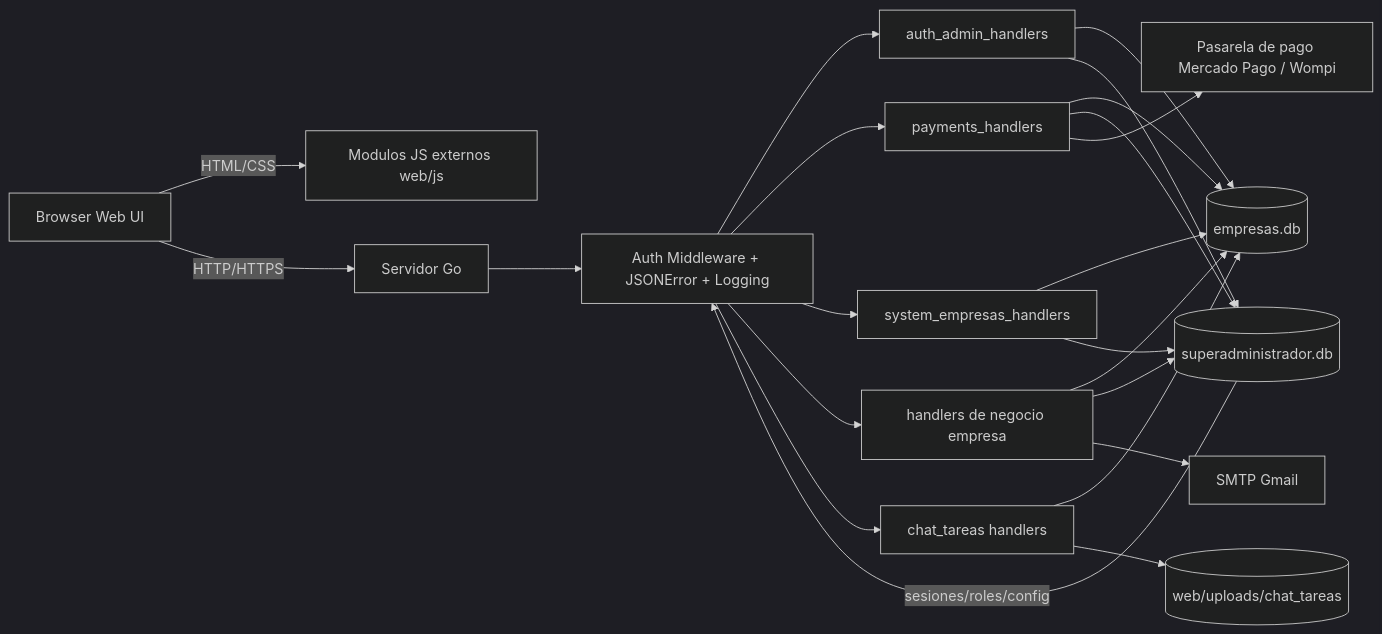
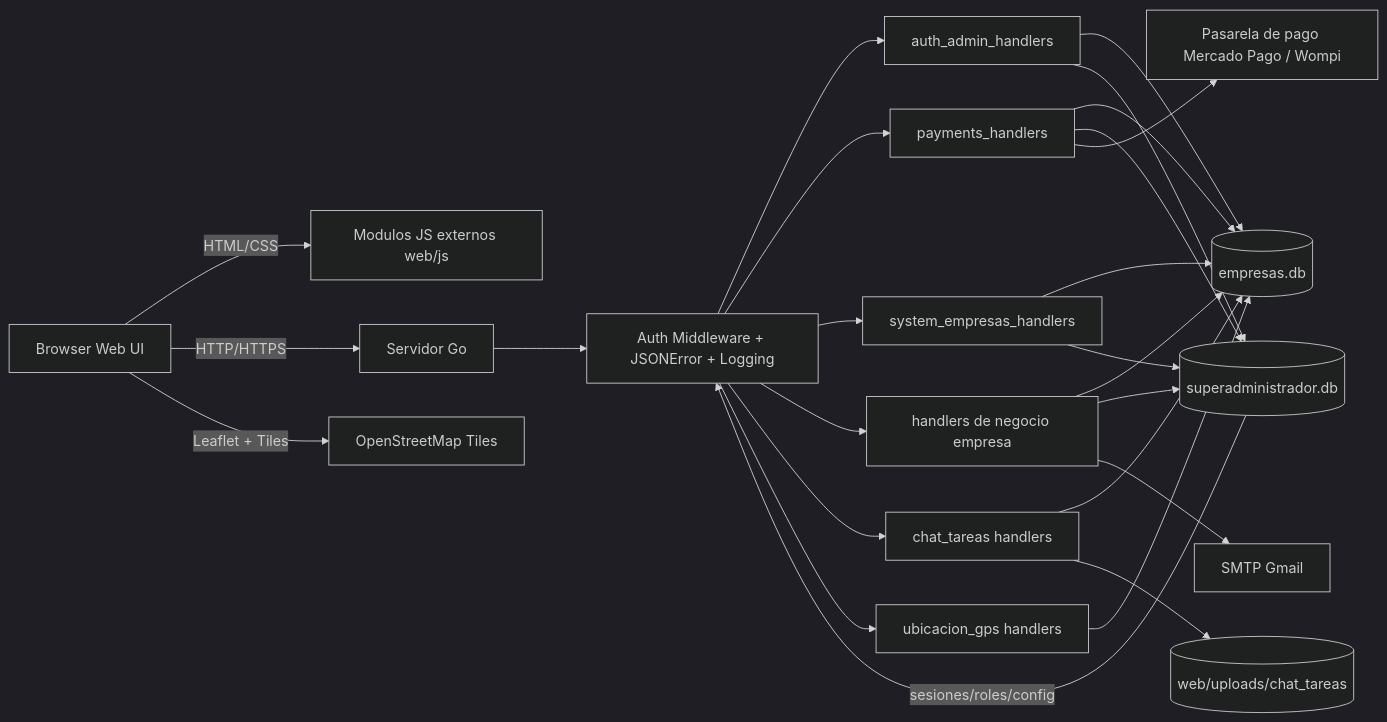
Before and after one commit to powerfulcontrolsystem1/powerfulcontrolsystem: the diagram in documentos/diagramas/diagrama_arquitectura_sistema.md, drawn with Mermaid (dark theme). The commit also changed other lines of this file and 40 other files, not shown here.

````diff
--- a/documentos/diagramas/diagrama_arquitectura_sistema.md
+++ b/documentos/diagramas/diagrama_arquitectura_sistema.md
@@ -5,41 +5,47 @@
 ```mermaid
 flowchart LR
     U[Browser Web UI]
     JS[Modulos JS externos web/js]
     S[Servidor Go]
     M[Auth Middleware + JSONError + Logging]
     H1[auth_admin_handlers]
     H2[payments_handlers]
     H3[system_empresas_handlers]
     H4[handlers de negocio empresa]
     H5[chat_tareas handlers]
+    H6[ubicacion_gps handlers]
     DB1[(empresas.db)]
     DB2[(superadministrador.db)]
     FS[(web/uploads/chat_tareas)]
+    OSM[OpenStreetMap Tiles]
     SMTP[SMTP Gmail]
     MP[Pasarela de pago Mercado Pago / Wompi]
 
     U -->|HTML/CSS| JS
     U -->|HTTP/HTTPS| S
     S --> M
     M --> H1
     M --> H2
     M --> H3
     M --> H4
     M --> H5
+    M --> H6
+
+    U -->|Leaflet + Tiles| OSM
 
     H1 --> DB1
     H1 --> DB2
     H2 --> DB1
     H2 --> DB2
     H2 --> MP
     H3 --> DB1
     H3 --> DB2
     H4 --> DB1
     H4 --> DB2
     H4 --> SMTP
     H5 --> DB1
     H5 --> FS
+    H6 --> DB1
 
     DB2 -->|sesiones/roles/config| M
 ```
````
